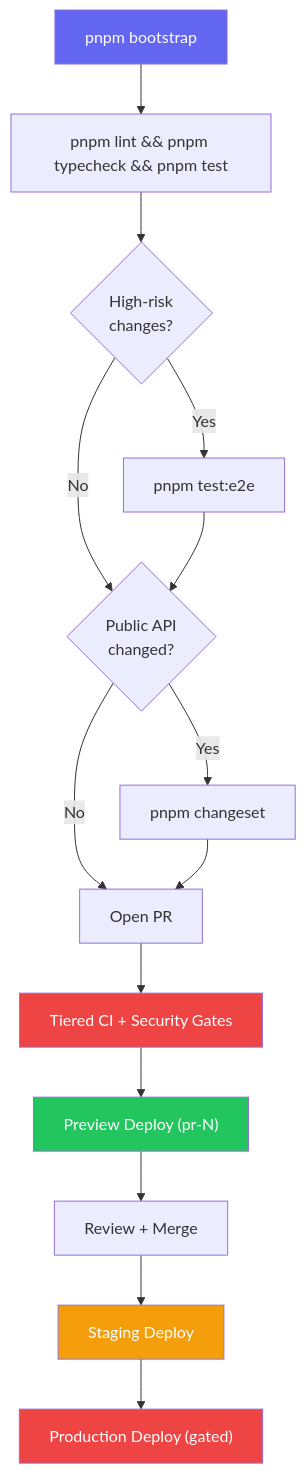
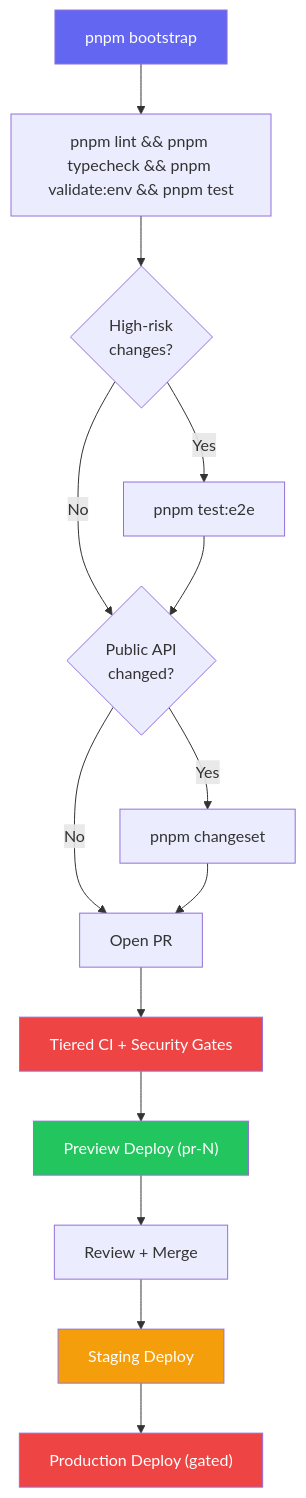
Before and after one commit to jbejenar/ripple-next: the ninth of 10 diagrams in docs/product-roadmap/README.md, drawn with Mermaid. The commit also changed other lines of this file and 16 other files, not shown here.

First line of the commit message:
feat: implement AI-suggested improvements and update roadmap

````diff
--- a/docs/product-roadmap/README.md
+++ b/docs/product-roadmap/README.md
@@ -703,22 +728,22 @@
 ```mermaid
 graph TD
-    A["pnpm bootstrap"] --> B["pnpm lint && pnpm typecheck && pnpm test"]
+    A["pnpm bootstrap"] --> B["pnpm lint && pnpm typecheck && pnpm validate:env && pnpm test"]
     B --> C{High-risk<br/>changes?}
     C -->|Yes| D["pnpm test:e2e"]
     C -->|No| E{Public API<br/>changed?}
     D --> E
     E -->|Yes| F["pnpm changeset"]
     E -->|No| G["Open PR"]
     F --> G
     G --> H["Tiered CI + Security Gates"]
     H --> I["Preview Deploy (pr-N)"]
     I --> J["Review + Merge"]
     J --> K["Staging Deploy"]
     K --> L["Production Deploy (gated)"]
 
     style A fill:#6366f1,color:#fff
     style H fill:#ef4444,color:#fff
     style L fill:#ef4444,color:#fff
     style K fill:#f59e0b,color:#fff
     style I fill:#22c55e,color:#fff
 ```
````
